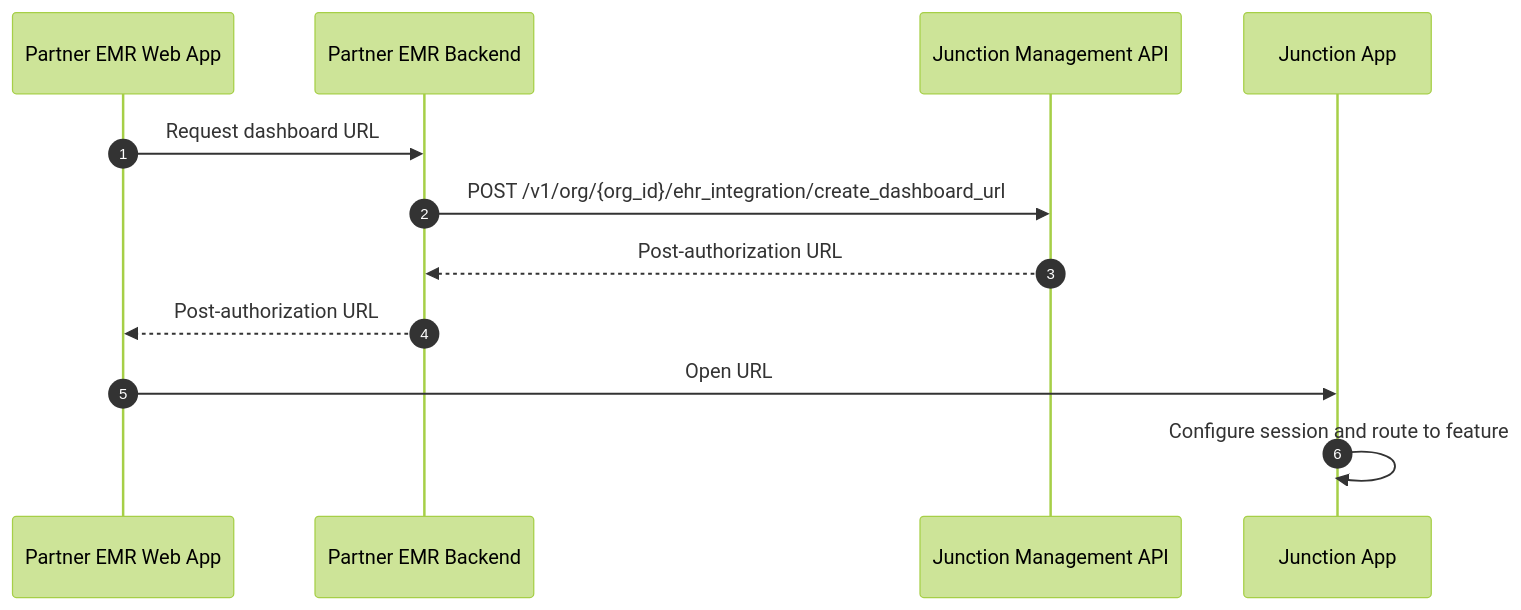
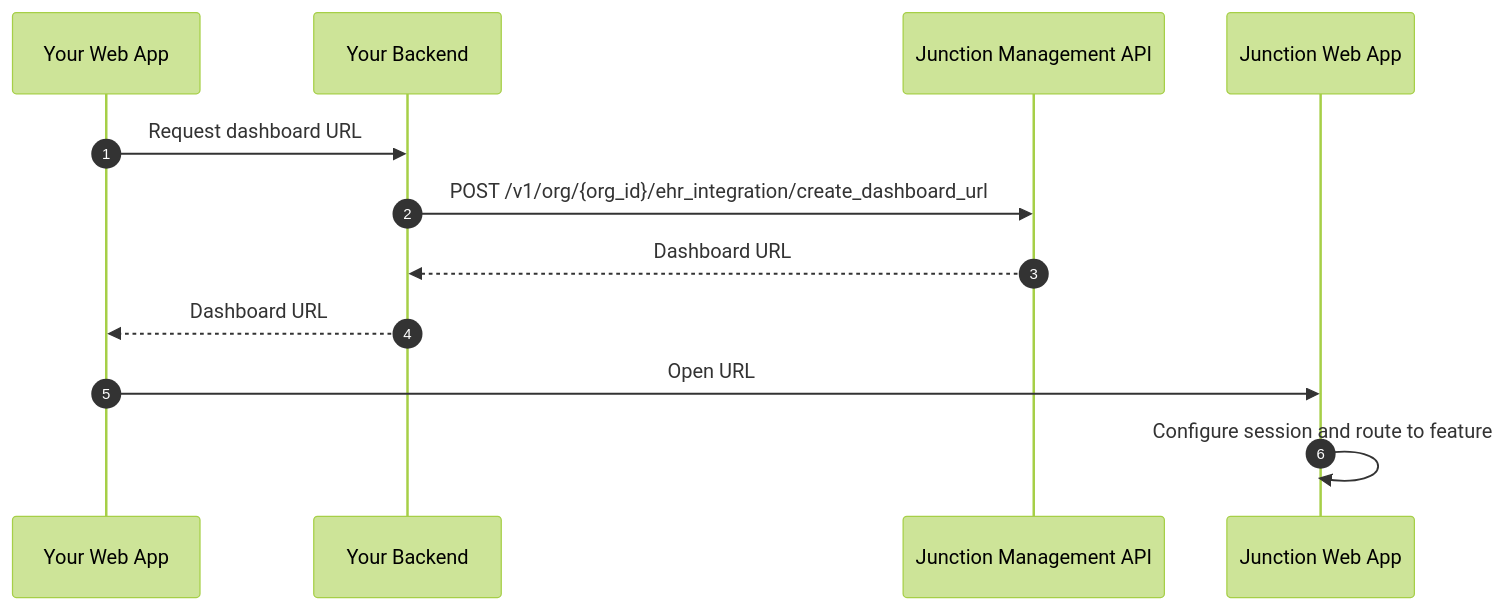
One commit to tryVital/docs changed the diagram in docs/app-embed/overview.mdx. Above: the diagram before and after it, drawn with Mermaid (forest theme). The commit also changed other lines of this file and 8 other files, not shown here.

````diff
--- a/docs/app-embed/overview.mdx
+++ b/docs/app-embed/overview.mdx
@@ -68,15 +57,15 @@
 ```mermaid
 sequenceDiagram
     autonumber
-    participant PartnerApp as Partner EMR Web App
-    participant PartnerBackend as Partner EMR Backend
+    participant PartnerApp as Your Web App
+    participant PartnerBackend as Your Backend
     participant API as Junction Management API
-    participant Junction as Junction App
+    participant Junction as Junction Web App
 
     PartnerApp->>PartnerBackend: Request dashboard URL
     PartnerBackend->>API: POST /v1/org/{org_id}/ehr_integration/create_dashboard_url
-    API-->>PartnerBackend: Post-authorization URL
-    PartnerBackend-->>PartnerApp: Post-authorization URL
+    API-->>PartnerBackend: Dashboard URL
+    PartnerBackend-->>PartnerApp: Dashboard URL
     PartnerApp->>Junction: Open URL
     Junction->>Junction: Configure session and route to feature
 ```
````
